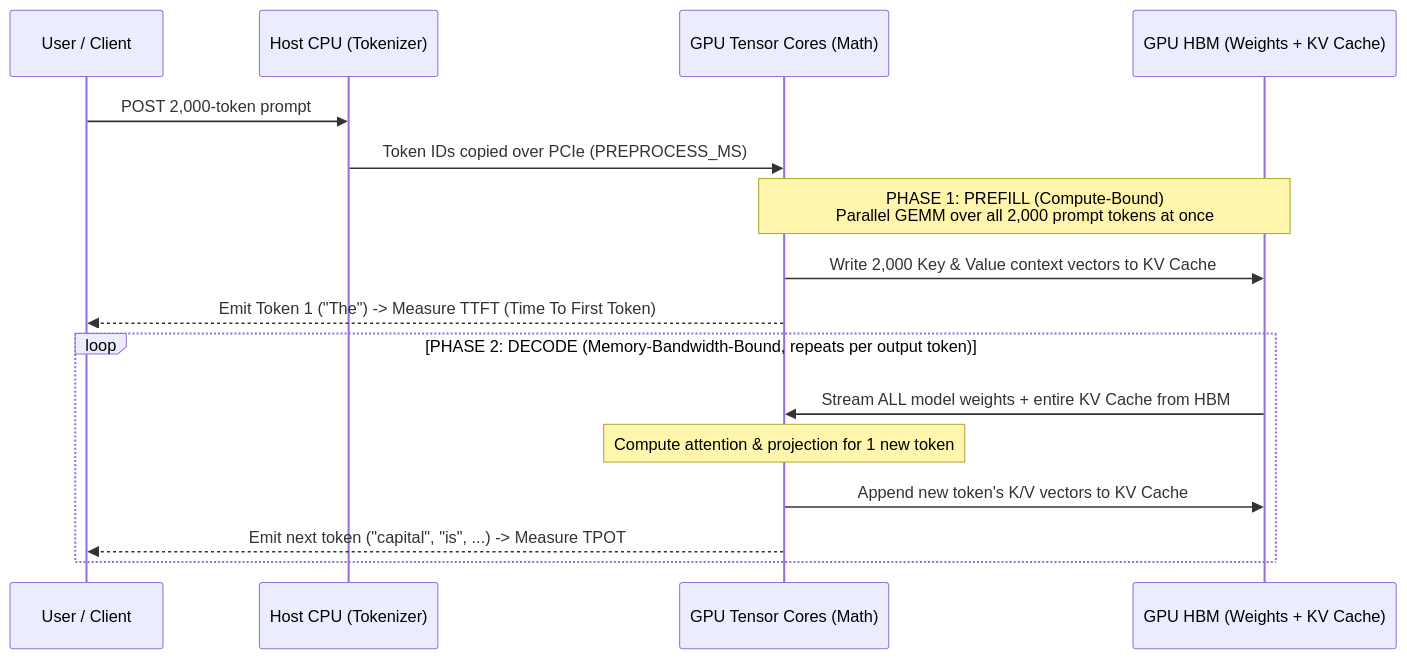
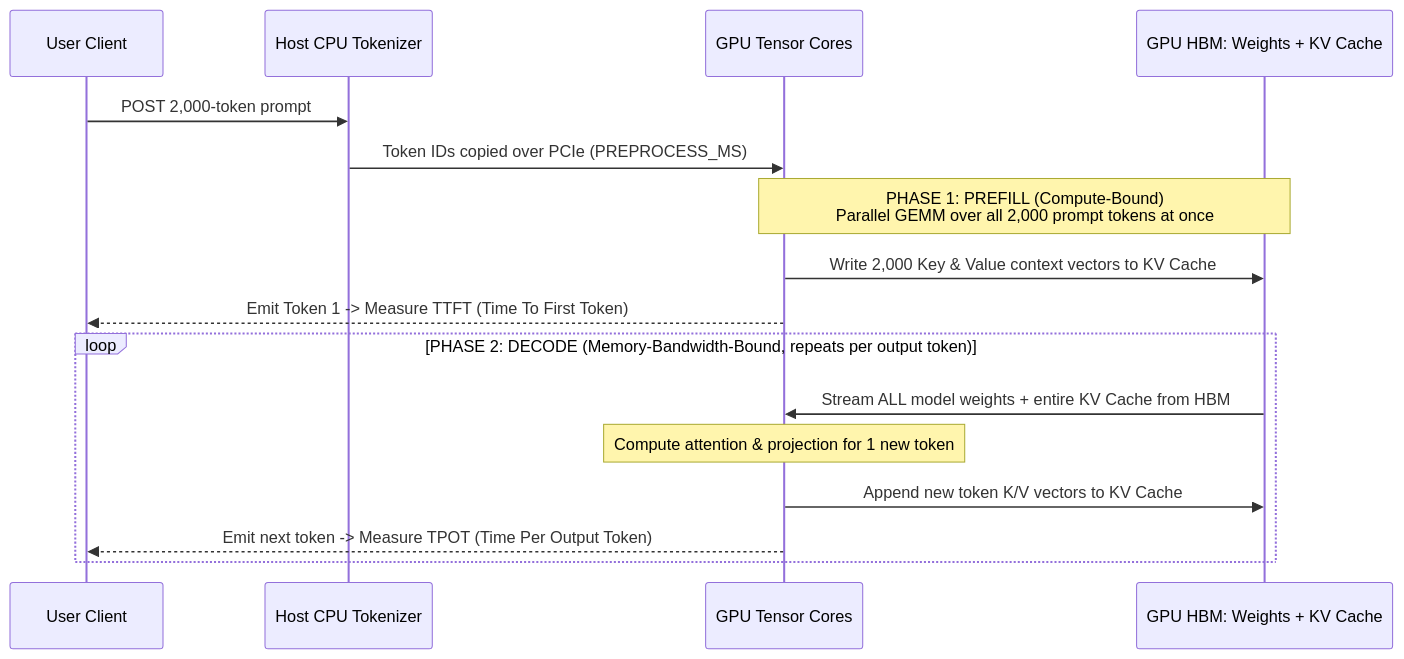
The fifth of 7 diagrams in docs/part-10-gpu-cuda/01-why-gpus-cpu-versus-gpu-and-throughput-design.md (jithinpnjm/ai-infra-handbook), drawn with Mermaid before and after one commit. The commit also changed other lines of this file and 503 other files, not shown here.

````diff
--- a/docs/part-10-gpu-cuda/01-why-gpus-cpu-versus-gpu-and-throughput-design.md
+++ b/docs/part-10-gpu-cuda/01-why-gpus-cpu-versus-gpu-and-throughput-design.md
@@ -321,20 +353,20 @@
 ```mermaid
 sequenceDiagram
-    participant Client as User / Client
-    participant Host as Host CPU (Tokenizer)
-    participant TC as GPU Tensor Cores (Math)
-    participant HBM as GPU HBM (Weights + KV Cache)
+    participant Client as User Client
+    participant Host as Host CPU Tokenizer
+    participant TC as GPU Tensor Cores
+    participant HBM as GPU HBM: Weights + KV Cache
 
     Client->>Host: POST 2,000-token prompt
     Host->>TC: Token IDs copied over PCIe (PREPROCESS_MS)
     Note over TC,HBM: PHASE 1: PREFILL (Compute-Bound)<br/>Parallel GEMM over all 2,000 prompt tokens at once
     TC->>HBM: Write 2,000 Key & Value context vectors to KV Cache
-    TC-->>Client: Emit Token 1 ("The") -> Measure TTFT (Time To First Token)
+    TC-->>Client: Emit Token 1 -> Measure TTFT (Time To First Token)
 
     loop PHASE 2: DECODE (Memory-Bandwidth-Bound, repeats per output token)
         HBM->>TC: Stream ALL model weights + entire KV Cache from HBM
         Note over TC: Compute attention & projection for 1 new token
-        TC->>HBM: Append new token's K/V vectors to KV Cache
-        TC-->>Client: Emit next token ("capital", "is", ...) -> Measure TPOT
+        TC->>HBM: Append new token K/V vectors to KV Cache
+        TC-->>Client: Emit next token -> Measure TPOT (Time Per Output Token)
     end
 ```
````
